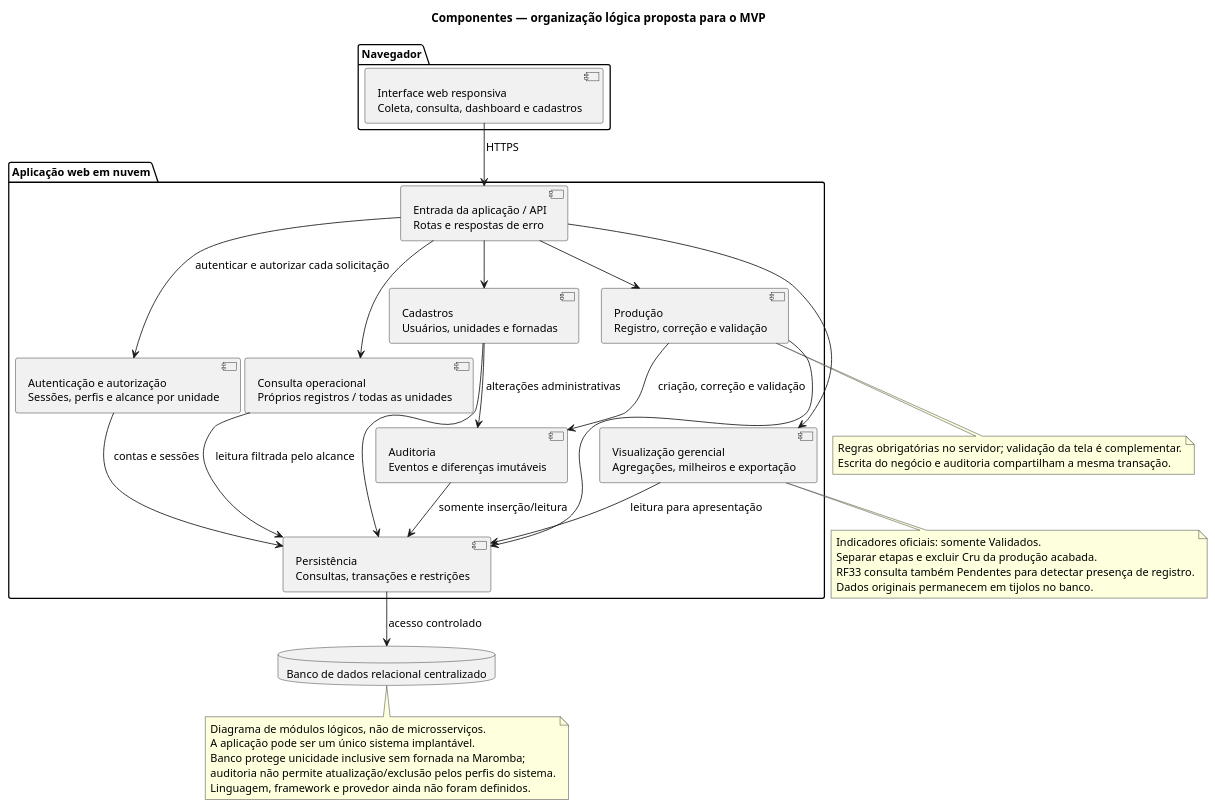
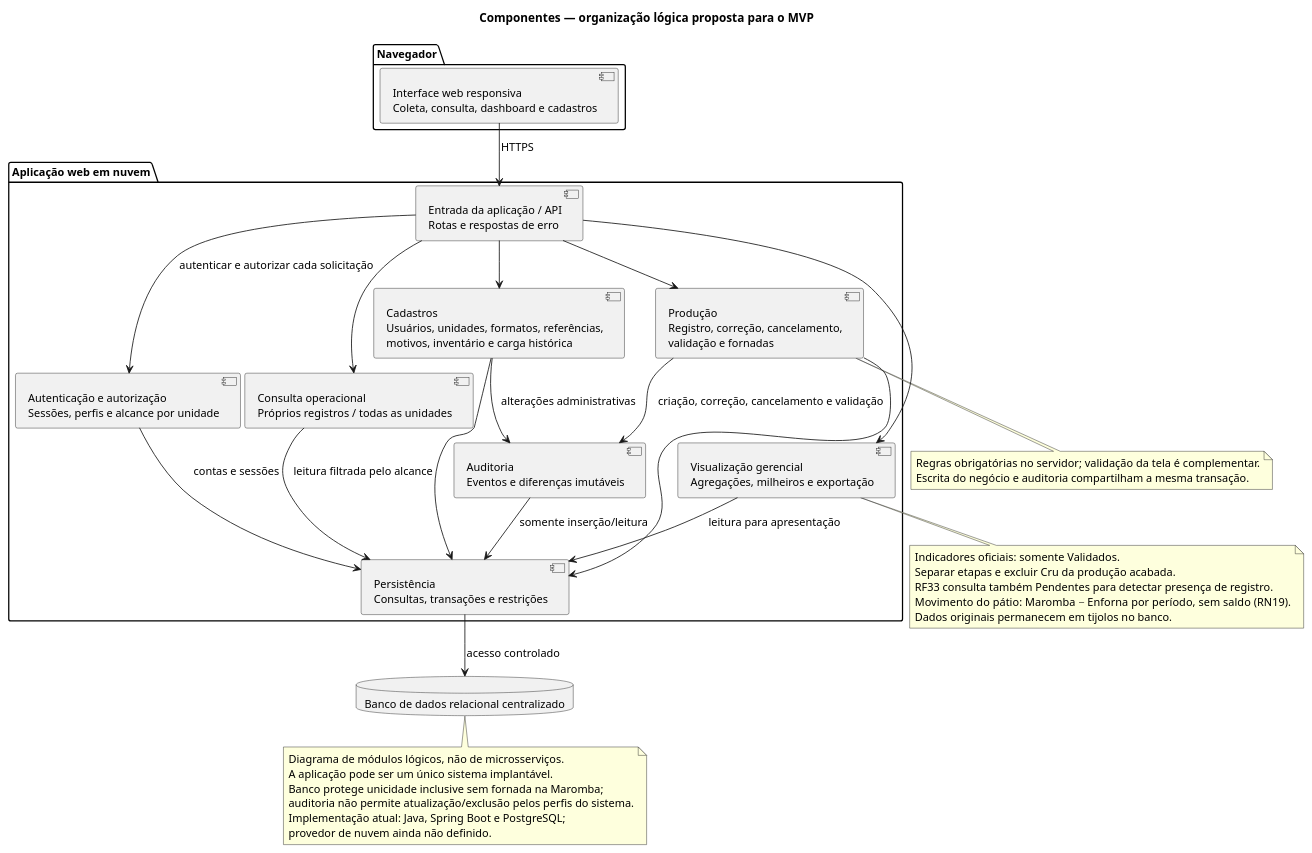
Before and after one commit to emilynerys/Projeto-Cer-mica-SOCRE: the diagram in docs/uml/09_componentes.puml, drawn with PlantUML. The commit also changed 21 other files, not shown here.

First line of the commit message:
Revisa os diagramas UML com o levantamento de outubro/2026

```diff
--- a/docs/uml/09_componentes.puml
+++ b/docs/uml/09_componentes.puml
@@ -1,59 +1,61 @@
 @startuml
 !pragma layout smetana
 skinparam shadowing false
 skinparam componentStyle uml2
 skinparam defaultFontName Arial
 skinparam defaultFontSize 13
 title Componentes — organização lógica proposta para o MVP
 
 package "Navegador" {
   component "Interface web responsiva\nColeta, consulta, dashboard e cadastros" as UI
 }
 
 package "Aplicação web em nuvem" {
   component "Entrada da aplicação / API\nRotas e respostas de erro" as API
   component "Autenticação e autorização\nSessões, perfis e alcance por unidade" as Acesso
-  component "Produção\nRegistro, correção e validação" as Producao
+  component "Produção\nRegistro, correção, cancelamento,\nvalidação e fornadas" as Producao
   component "Consulta operacional\nPróprios registros / todas as unidades" as Consulta
   component "Visualização gerencial\nAgregações, milheiros e exportação" as BI
-  component "Cadastros\nUsuários, unidades e fornadas" as Cadastros
+  component "Cadastros\nUsuários, unidades, formatos, referências,\nmotivos, inventário e carga histórica" as Cadastros
   component "Auditoria\nEventos e diferenças imutáveis" as Auditoria
   component "Persistência\nConsultas, transações e restrições" as Persistencia
 }
 
 database "Banco de dados relacional centralizado" as BD
 
 UI --> API : HTTPS
 API --> Acesso : autenticar e autorizar cada solicitação
 API --> Producao
 API --> Consulta
 API --> BI
 API --> Cadastros
-Producao --> Auditoria : criação, correção e validação
+Producao --> Auditoria : criação, correção, cancelamento e validação
 Cadastros --> Auditoria : alterações administrativas
 Producao --> Persistencia
 Consulta --> Persistencia : leitura filtrada pelo alcance
 BI --> Persistencia : leitura para apresentação
 Cadastros --> Persistencia
 Acesso --> Persistencia : contas e sessões
 Auditoria --> Persistencia : somente inserção/leitura
 Persistencia --> BD : acesso controlado
 
 note bottom of Producao
   Regras obrigatórias no servidor; validação da tela é complementar.
   Escrita do negócio e auditoria compartilham a mesma transação.
 end note
 note bottom of BI
   Indicadores oficiais: somente Validados.
   Separar etapas e excluir Cru da produção acabada.
   RF33 consulta também Pendentes para detectar presença de registro.
+  Movimento do pátio: Maromba − Enforna por período, sem saldo (RN19).
   Dados originais permanecem em tijolos no banco.
 end note
 note bottom of BD
   Diagrama de módulos lógicos, não de microsserviços.
   A aplicação pode ser um único sistema implantável.
   Banco protege unicidade inclusive sem fornada na Maromba;
   auditoria não permite atualização/exclusão pelos perfis do sistema.
-  Linguagem, framework e provedor ainda não foram definidos.
+  Implementação atual: Java, Spring Boot e PostgreSQL;
+  provedor de nuvem ainda não definido.
 end note
 @enduml
```
